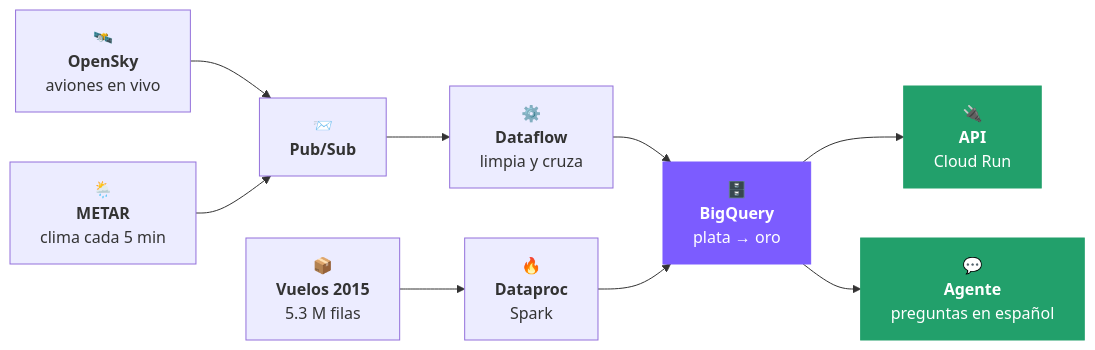
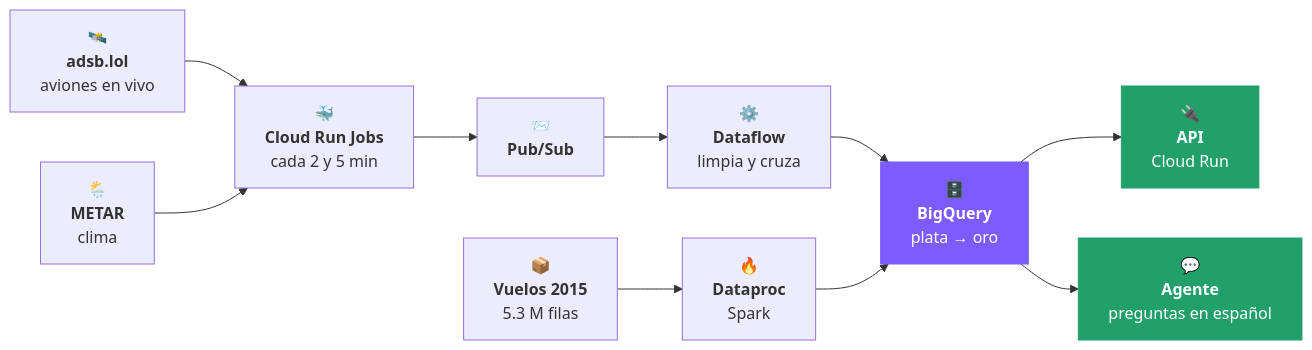
Before and after one commit to gcquirozguzman/aguila-aeronexus: the first of 2 diagrams in README.md, drawn with Mermaid. The commit also changed other lines of this file and 13 other files, not shown here.

````diff
--- a/README.md
+++ b/README.md
@@ -16,14 +16,14 @@
 ```mermaid
 flowchart LR
-    A["🛰️<br><b>OpenSky</b><br>aviones en vivo"] --> P["📨<br><b>Pub/Sub</b>"]
-    B["🌦️<br><b>METAR</b><br>clima cada 5 min"] --> P
+    A["🛰️<br><b>adsb.lol</b><br>aviones en vivo"] --> J["🐳<br><b>Cloud Run Jobs</b><br>cada 2 y 5 min"] --> P["📨<br><b>Pub/Sub</b>"]
+    B["🌦️<br><b>METAR</b><br>clima"] --> J
     P --> D["⚙️<br><b>Dataflow</b><br>limpia y cruza"]
     D --> BQ["🗄️<br><b>BigQuery</b><br>plata → oro"]
     C["📦<br><b>Vuelos 2015</b><br>5.3 M filas"] --> S["🔥<br><b>Dataproc</b><br>Spark"] --> BQ
     BQ --> API["🔌<br><b>API</b><br>Cloud Run"]
     BQ --> AG["💬<br><b>Agente</b><br>preguntas en español"]
 
     style BQ fill:#7c5cff,stroke:#7c5cff,color:#fff
     style API fill:#22a06b,stroke:#22a06b,color:#fff
     style AG fill:#22a06b,stroke:#22a06b,color:#fff
 ```
````
